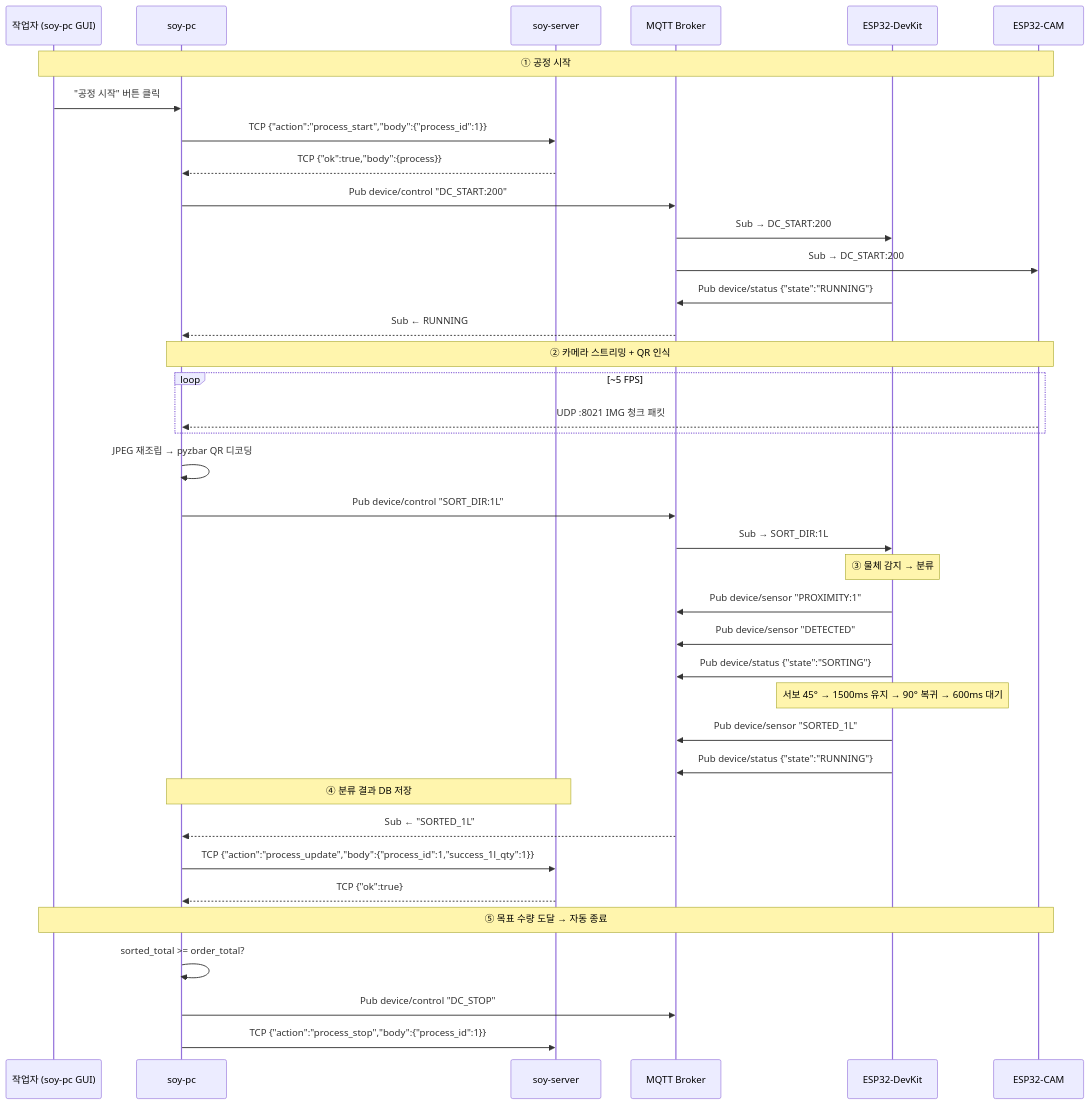
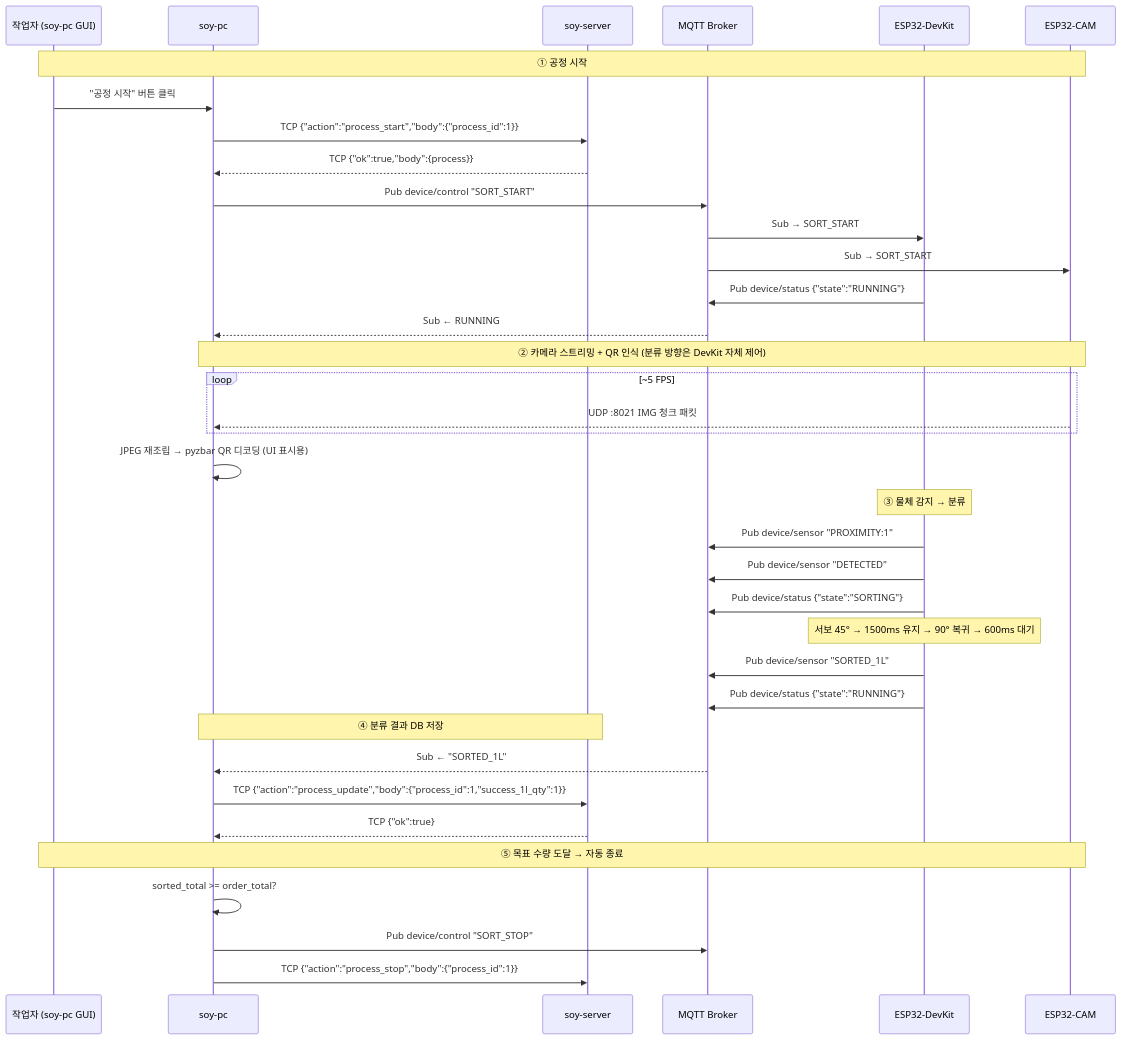
One commit to addinedu-physicalai-1st/iot-repo-3 changed the diagram in docs/protocol_specification.md. Above: the diagram before and after it, drawn with Mermaid. The commit also changed other lines of this file and 22 other files, not shown here.

Commit message:
refactor: sort_start, sort_stop, esp-common

````diff
--- a/docs/protocol_specification.md
+++ b/docs/protocol_specification.md
@@ -278,45 +273,43 @@
 ```mermaid
 sequenceDiagram
     participant W as 작업자 (soy-pc GUI)
     participant PC as soy-pc
     participant SVR as soy-server
     participant MQTT as MQTT Broker
     participant DEV as ESP32-DevKit
     participant CAM as ESP32-CAM
 
     Note over W,CAM: ① 공정 시작
     W->>PC: "공정 시작" 버튼 클릭
     PC->>SVR: TCP {"action":"process_start","body":{"process_id":1}}
     SVR-->>PC: TCP {"ok":true,"body":{process}}
-    PC->>MQTT: Pub device/control "DC_START:200"
-    MQTT->>DEV: Sub → DC_START:200
-    MQTT->>CAM: Sub → DC_START:200
+    PC->>MQTT: Pub device/control "SORT_START"
+    MQTT->>DEV: Sub → SORT_START
+    MQTT->>CAM: Sub → SORT_START
     DEV->>MQTT: Pub device/status {"state":"RUNNING"}
     MQTT-->>PC: Sub ← RUNNING
 
-    Note over CAM,PC: ② 카메라 스트리밍 + QR 인식
+    Note over CAM,PC: ② 카메라 스트리밍 + QR 인식 (분류 방향은 DevKit 자체 제어)
     loop ~5 FPS
         CAM-->>PC: UDP :8021 IMG 청크 패킷
     end
-    PC->>PC: JPEG 재조립 → pyzbar QR 디코딩
-    PC->>MQTT: Pub device/control "SORT_DIR:1L"
-    MQTT->>DEV: Sub → SORT_DIR:1L
+    PC->>PC: JPEG 재조립 → pyzbar QR 디코딩 (UI 표시용)
 
     Note over DEV: ③ 물체 감지 → 분류
     DEV->>MQTT: Pub device/sensor "PROXIMITY:1"
     DEV->>MQTT: Pub device/sensor "DETECTED"
     DEV->>MQTT: Pub device/status {"state":"SORTING"}
     Note over DEV: 서보 45° → 1500ms 유지 → 90° 복귀 → 600ms 대기
     DEV->>MQTT: Pub device/sensor "SORTED_1L"
     DEV->>MQTT: Pub device/status {"state":"RUNNING"}
 
     Note over PC,SVR: ④ 분류 결과 DB 저장
     MQTT-->>PC: Sub ← "SORTED_1L"
     PC->>SVR: TCP {"action":"process_update","body":{"process_id":1,"success_1l_qty":1}}
     SVR-->>PC: TCP {"ok":true}
 
     Note over W,CAM: ⑤ 목표 수량 도달 → 자동 종료
     PC->>PC: sorted_total >= order_total?
-    PC->>MQTT: Pub device/control "DC_STOP"
+    PC->>MQTT: Pub device/control "SORT_STOP"
     PC->>SVR: TCP {"action":"process_stop","body":{"process_id":1}}
 ```
````
